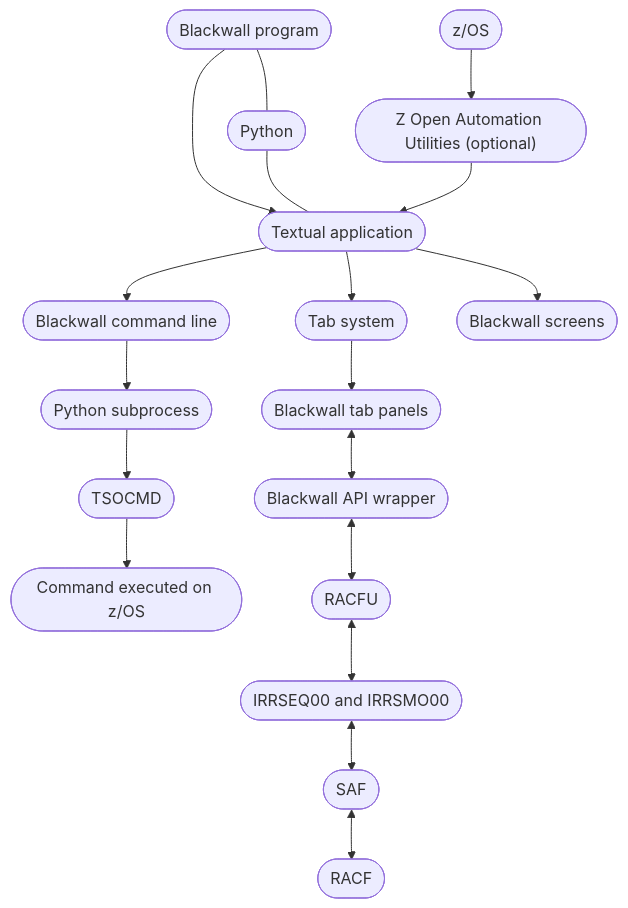
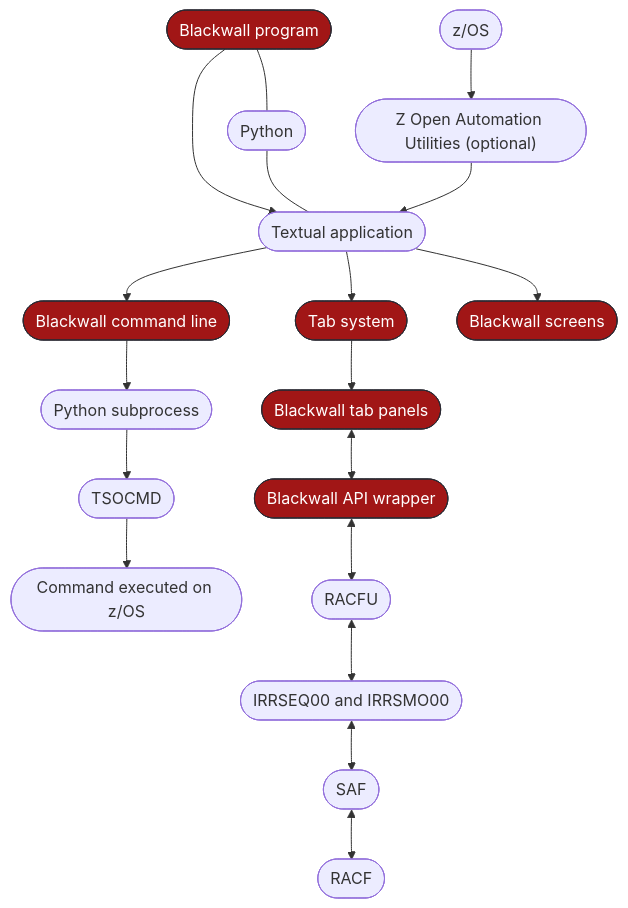
One commit to EmmasBox/blackwall-protocol-docs changed the diagram in architecture.md. Above: the diagram before and after it, drawn with Mermaid.

Commit message:
Added some styling

```diff
--- a/architecture.md
+++ b/architecture.md
@@ -11,43 +11,49 @@
 <pre class="mermaid">
 flowchart TD
+    style BLACKWALL fill:#a11616,color:#fff,stroke:#2b2a33
     BLACKWALL(["Blackwall program"])
     PYTHON(["Python"])
     TEXTUAL(["Textual application"])
     BLACKWALL --> TEXTUAL
     BLACKWALL --- PYTHON
     TEXTUAL --> COMMANDLINE
     PYTHON --- TEXTUAL
 
+    style TABS fill:#a11616,color:#fff,stroke:#2b2a33
     TABS(["Tab system"])
     TEXTUAL --> TABS
     TABS --> PANELS
 
+    style BLACKWALLSCREENS fill:#a11616,color:#fff,stroke:#2b2a33
     BLACKWALLSCREENS(["Blackwall screens"])
     TEXTUAL --> BLACKWALLSCREENS
 
+    style COMMANDLINE fill:#a11616,color:#fff,stroke:#2b2a33
     COMMANDLINE(["Blackwall command line"])
     SUBPROCESS(["Python subprocess"])
     TSOCMD(["TSOCMD"])
     ZOSCOMMAND(["Command executed on z/OS"])
     
     COMMANDLINE --> SUBPROCESS
     SUBPROCESS --> TSOCMD
     TSOCMD --> ZOSCOMMAND
 
     ZOAU(["Z Open Automation Utilities (optional)"])
     ZOS(["z/OS"])
     ZOS --> ZOAU
     ZOAU --> TEXTUAL
 
+    style PANELS fill:#a11616,color:#fff,stroke:#2b2a33
     PANELS(["Blackwall tab panels"])
+    style WRAPPER fill:#a11616,color:#fff,stroke:#2b2a33
     WRAPPER(["Blackwall API wrapper"])
     RACFU(["RACFU"])
     COREAPI(["IRRSEQ00 and IRRSMO00"])
     SAF(["SAF"])
     RACF(["RACF"])
     PANELS <--> WRAPPER
     WRAPPER <--> RACFU
     RACFU <--> COREAPI
     COREAPI <--> SAF
     SAF <--> RACF
 </pre>
```
